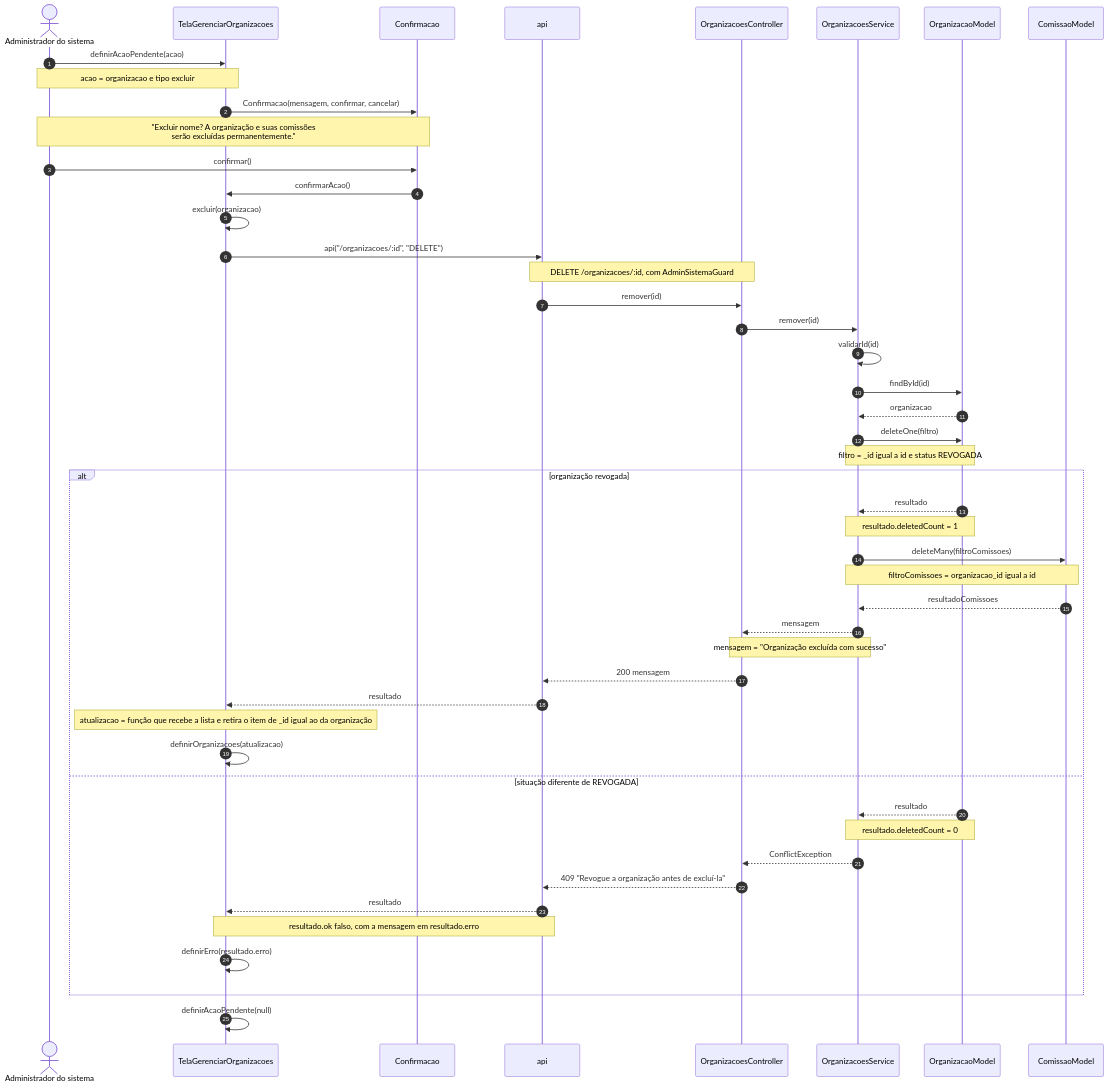
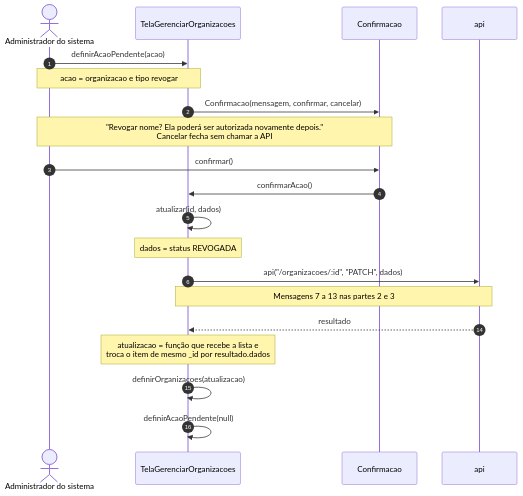
One commit to Conecta-IFSP/DOCUMENTATION changed diagram 13 of 47 in 2 - Incremento 1/cadastro-organizacao/6 - diagramas-sequencia-cadastro-organizacao.md. Above: the diagram before and after it, drawn with Mermaid. The commit also changed other lines of this file and 5 other files, not shown here.

Commit message:
Divide os diagramas de sequência dos incrementos 1 e 2 em partes legíveis

````diff
--- a/2 - Incremento 1/cadastro-organizacao/6 - diagramas-sequencia-cadastro-organizacao.md
+++ b/2 - Incremento 1/cadastro-organizacao/6 - diagramas-sequencia-cadastro-organizacao.md
@@ -242,50 +287,23 @@
 ```mermaid
 sequenceDiagram
-    autonumber
+    autonumber 1
     actor U as Administrador do sistema
     participant T as TelaGerenciarOrganizacoes
     participant D as Confirmacao
     participant A as api
-    participant C as OrganizacoesController
-    participant S as OrganizacoesService
-    participant M as OrganizacaoModel
-    participant CM as ComissaoModel
     U->>T: definirAcaoPendente(acao)
-    Note over U,T: acao = organizacao e tipo excluir
+    Note over U,T: acao = organizacao e tipo revogar
     T->>D: Confirmacao(mensagem, confirmar, cancelar)
-    Note over U,D: "Excluir nome? A organização e suas comissões<br/>serão excluídas permanentemente."
+    Note over U,D: "Revogar nome? Ela poderá ser autorizada novamente depois."<br/>Cancelar fecha sem chamar a API
     U->>D: confirmar()
     D->>T: confirmarAcao()
-    T->>T: excluir(organizacao)
-    T->>A: api("/organizacoes/:id", "DELETE")
-    Note over A,C: DELETE /organizacoes/:id, com AdminSistemaGuard
-    A->>C: remover(id)
-    C->>S: remover(id)
-    S->>S: validarId(id)
-    S->>M: findById(id)
-    M-->>S: organizacao
-    S->>M: deleteOne(filtro)
-    Note over S,M: filtro = _id igual a id e status REVOGADA
-    alt organização revogada
-        M-->>S: resultado
-        Note over S,M: resultado.deletedCount = 1
-        S->>CM: deleteMany(filtroComissoes)
-        Note over S,CM: filtroComissoes = organizacao_id igual a id
-        CM-->>S: resultadoComissoes
-        S-->>C: mensagem
-        Note over C,S: mensagem = "Organização excluída com sucesso"
-        C-->>A: 200 mensagem
-        A-->>T: resultado
-        Note over T: atualizacao = função que recebe a lista e retira o item de _id igual ao da organização
-        T->>T: definirOrganizacoes(atualizacao)
-    else situação diferente de REVOGADA
-        M-->>S: resultado
-        Note over S,M: resultado.deletedCount = 0
-        S-->>C: ConflictException
-        C-->>A: 409 "Revogue a organização antes de excluí-la"
-        A-->>T: resultado
-        Note over T,A: resultado.ok falso, com a mensagem em resultado.erro
-        T->>T: definirErro(resultado.erro)
-    end
+    T->>T: atualizar(id, dados)
+    Note over T: dados = status REVOGADA
+    T->>A: api("/organizacoes/:id", "PATCH", dados)
+    Note over T,A: Mensagens 7 a 13 nas partes 2 e 3
+    autonumber 14
+    A-->>T: resultado
+    Note over T: atualizacao = função que recebe a lista e<br/>troca o item de mesmo _id por resultado.dados
+    T->>T: definirOrganizacoes(atualizacao)
     T->>T: definirAcaoPendente(null)
 ```
````
